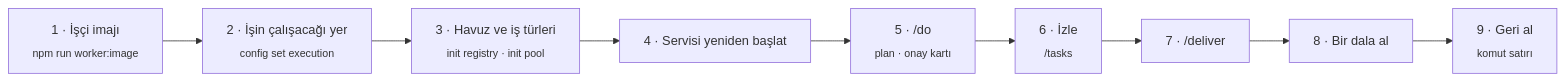
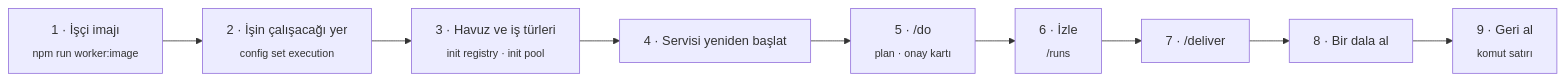
The third of 6 diagrams in README.tr.md (Verhex/deckent-next), drawn with Mermaid before and after one commit. The commit also changed other lines of this file and 65 other files, not shown here.

````diff
--- a/README.tr.md
+++ b/README.tr.md
@@ -169,11 +169,11 @@
 ```mermaid
 flowchart LR
   W["1 · İşçi imajı<br/><sub>npm run worker:image</sub>"] --> E["2 · İşin çalışacağı yer<br/><sub>config set execution</sub>"]
   E --> A["3 · Havuz ve iş türleri<br/><sub>init registry · init pool</sub>"]
   A --> R["4 · Servisi yeniden başlat"]
   R --> D["5 · /do<br/><sub>plan · onay kartı</sub>"]
-  D --> T["6 · İzle<br/><sub>/tasks</sub>"]
+  D --> T["6 · İzle<br/><sub>/runs</sub>"]
   T --> L["7 · /deliver"]
   L --> B["8 · Bir dala al"]
   B --> U["9 · Geri al<br/><sub>komut satırı</sub>"]
 ```
````
